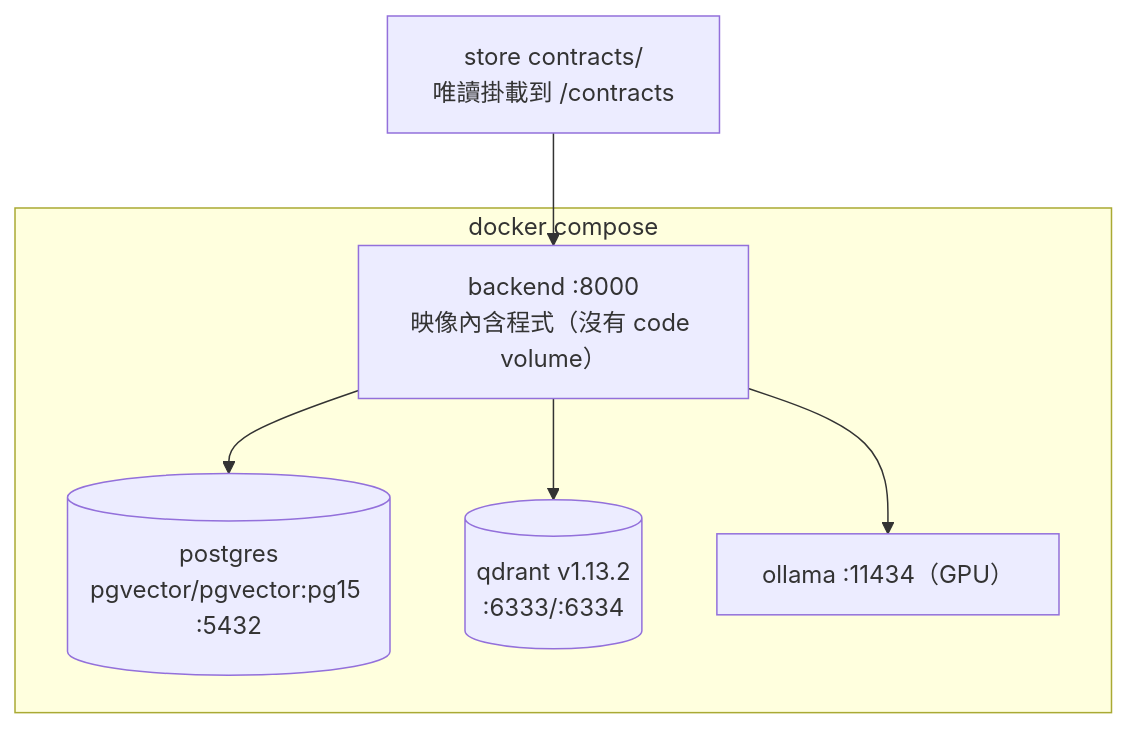
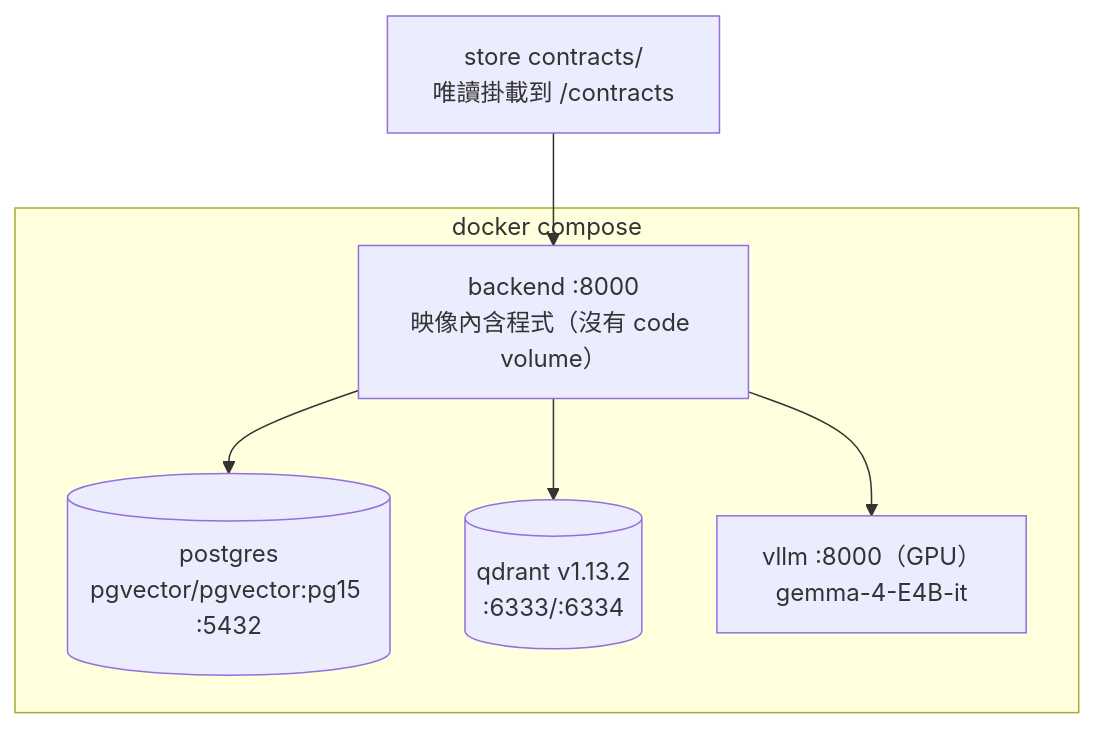
One commit to KenZx0521/Bible_RAG changed the third of 3 diagrams in docs/ARCHITECTURE.md. Above: the diagram before and after it, drawn with Mermaid. The commit also changed other lines of this file and 11 other files, not shown here.

````diff
--- a/docs/ARCHITECTURE.md
+++ b/docs/ARCHITECTURE.md
@@ -351,11 +351,11 @@
 ```mermaid
 flowchart TB
     subgraph COMPOSE["docker compose"]
         BE["backend :8000<br/>映像內含程式（沒有 code volume）"]
         PG[("postgres<br/>pgvector/pgvector:pg15 :5432")]
         QD[("qdrant v1.13.2<br/>:6333/:6334")]
-        OL["ollama :11434（GPU）"]
+        OL["vllm :8000（GPU）<br/>gemma-4-E4B-it"]
     end
     STORE["store contracts/<br/>唯讀掛載到 /contracts"] --> BE
     BE --> PG & QD & OL
 ```
````
